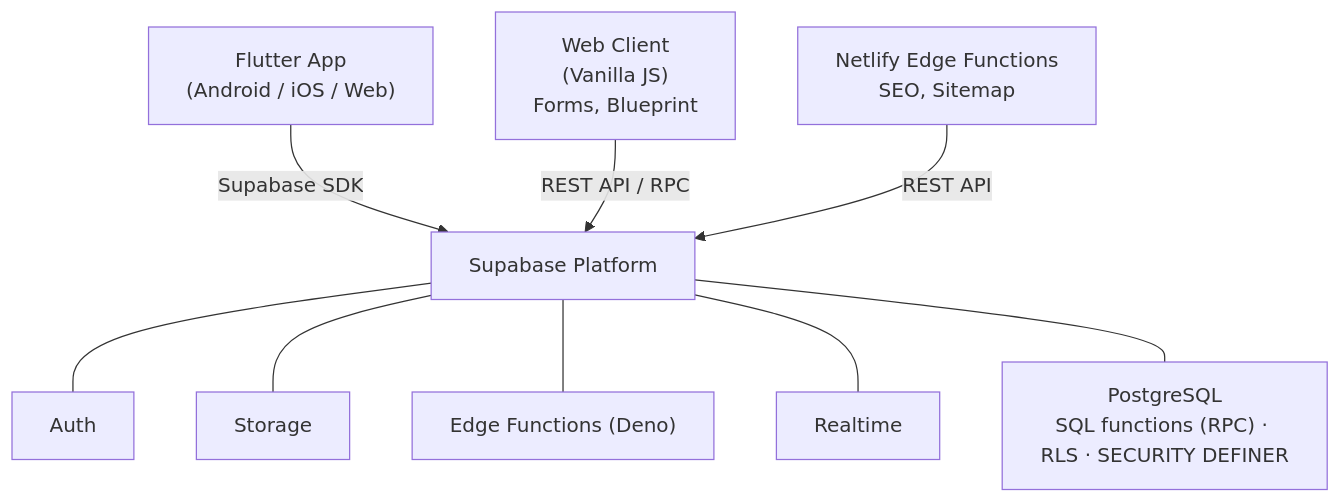
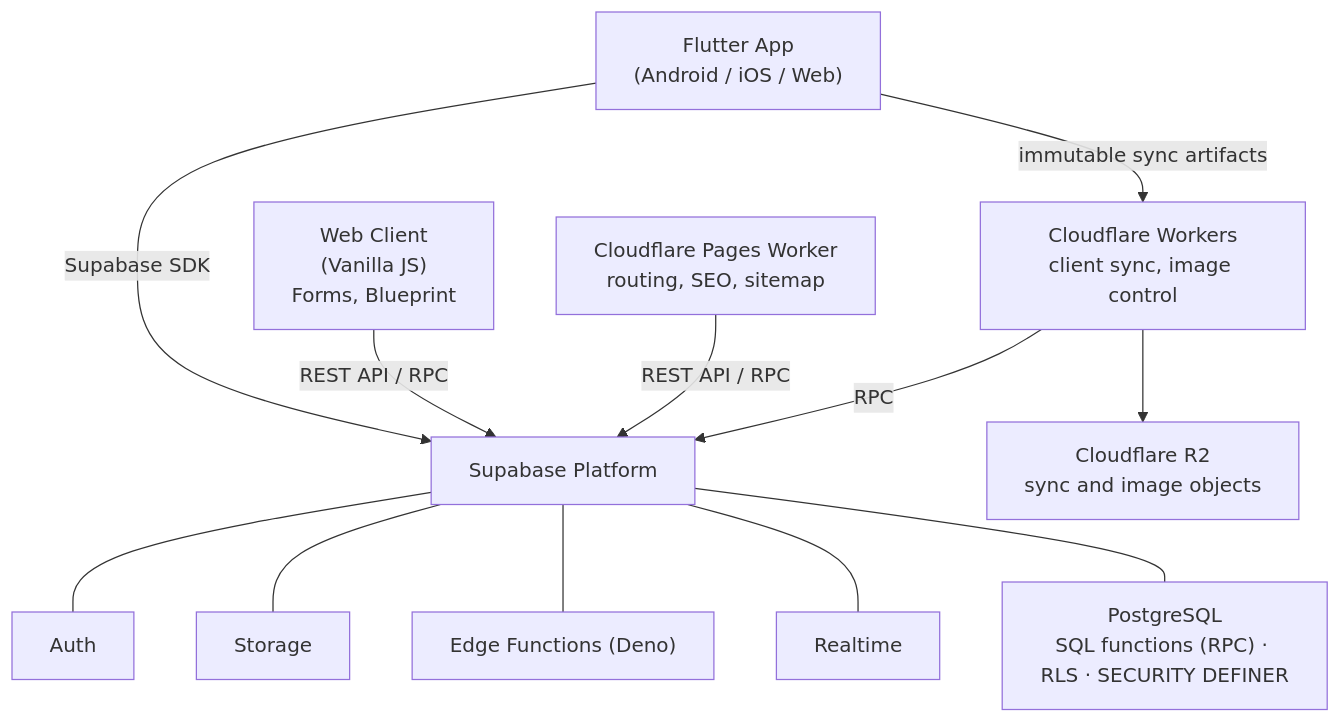
Before and after one commit to festappnet/festapp: the diagram in README.md, drawn with Mermaid. The commit also changed other lines of this file and 67 other files, not shown here.

````diff
--- a/README.md
+++ b/README.md
@@ -125,13 +126,16 @@
 ```mermaid
 graph TD
     A["Flutter App<br/>(Android / iOS / Web)"] -->|Supabase SDK| S
     B["Web Client<br/>(Vanilla JS)<br/>Forms, Blueprint"] -->|REST API / RPC| S
-    C["Netlify Edge Functions<br/>SEO, Sitemap"] -->|REST API| S
+    C["Cloudflare Pages Worker<br/>routing, SEO, sitemap"] -->|REST API / RPC| S
+    W["Cloudflare Workers<br/>client sync, image control"] -->|RPC| S
+    W --> R2["Cloudflare R2<br/>sync and image objects"]
+    A -->|immutable sync artifacts| W
 
     S["Supabase Platform"]
     S --- Auth
     S --- Storage
     S --- EF["Edge Functions (Deno)"]
     S --- RT[Realtime]
     S --- PG["PostgreSQL<br/>SQL functions (RPC) · RLS · SECURITY DEFINER"]
 ```
````
